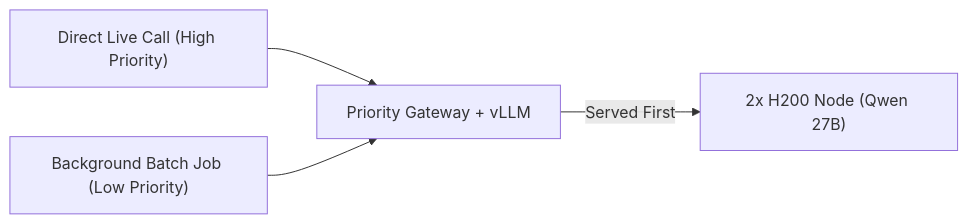
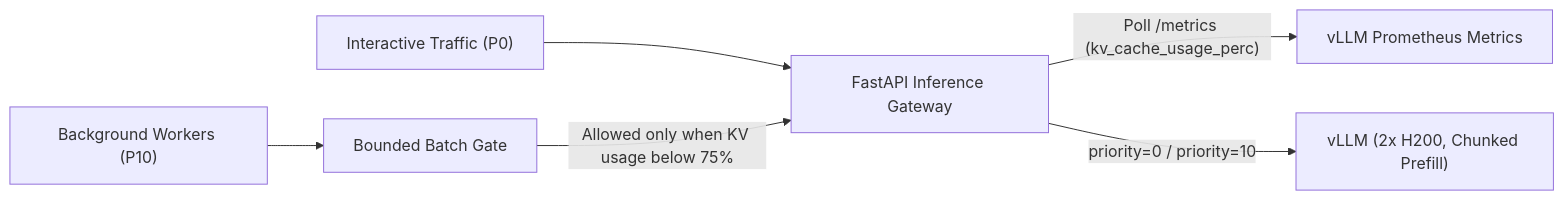
One commit to surjit7/surjit7.github.io changed the first of 2 diagrams in _posts/2026-11-25-qwen-27b-dual-h200-all-you-need.md. Above: the diagram before and after it, drawn with Mermaid. The commit also changed other lines of this file, not shown here.

```diff
--- a/_posts/2026-11-25-qwen-27b-dual-h200-all-you-need.md
+++ b/_posts/2026-11-25-qwen-27b-dual-h200-all-you-need.md
@@ -41,6 +122,8 @@
 <div class="mermaid">
 flowchart LR
-    A["Direct Live Call (High Priority)"] --> Q["Priority Gateway + vLLM"]
-    B["Background Batch Job (Low Priority)"] --> Q
-    Q -->|"Served First"| G["2x H200 Node (Qwen 27B)"]
+    L["Interactive Traffic (P0)"] --> G["FastAPI Inference Gateway"]
+    B["Background Workers (P10)"] --> Q["Bounded Batch Gate"]
+    Q -->|"Allowed only when KV usage below 75%"| G
+    G -->|"Poll /metrics (kv_cache_usage_perc)"| M["vLLM Prometheus Metrics"]
+    G -->|"priority=0 / priority=10"| V["vLLM (2x H200, Chunked Prefill)"]
 </div>
```
